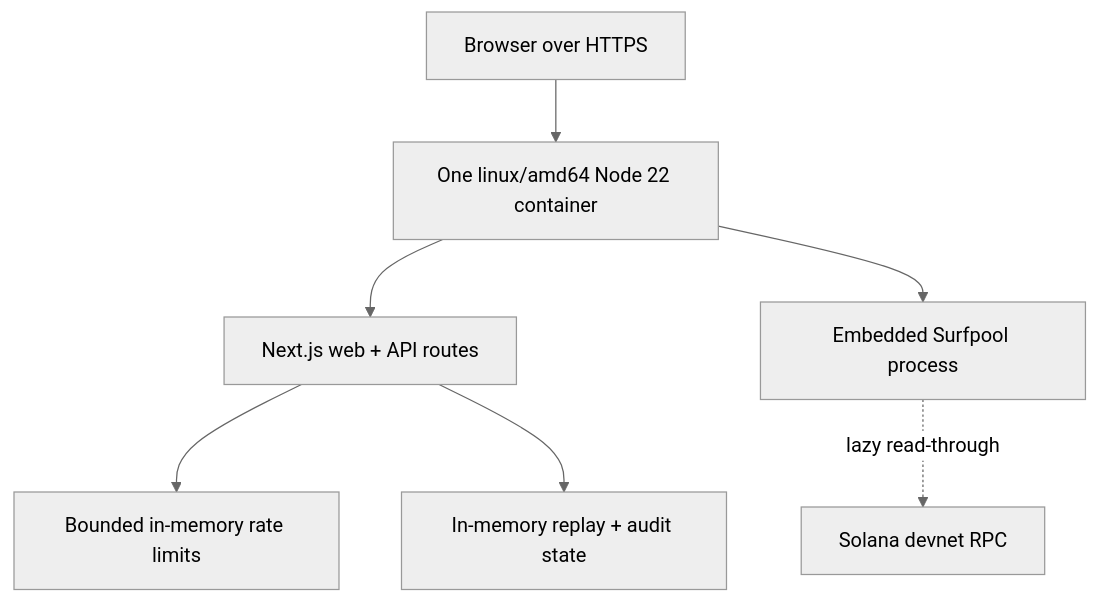
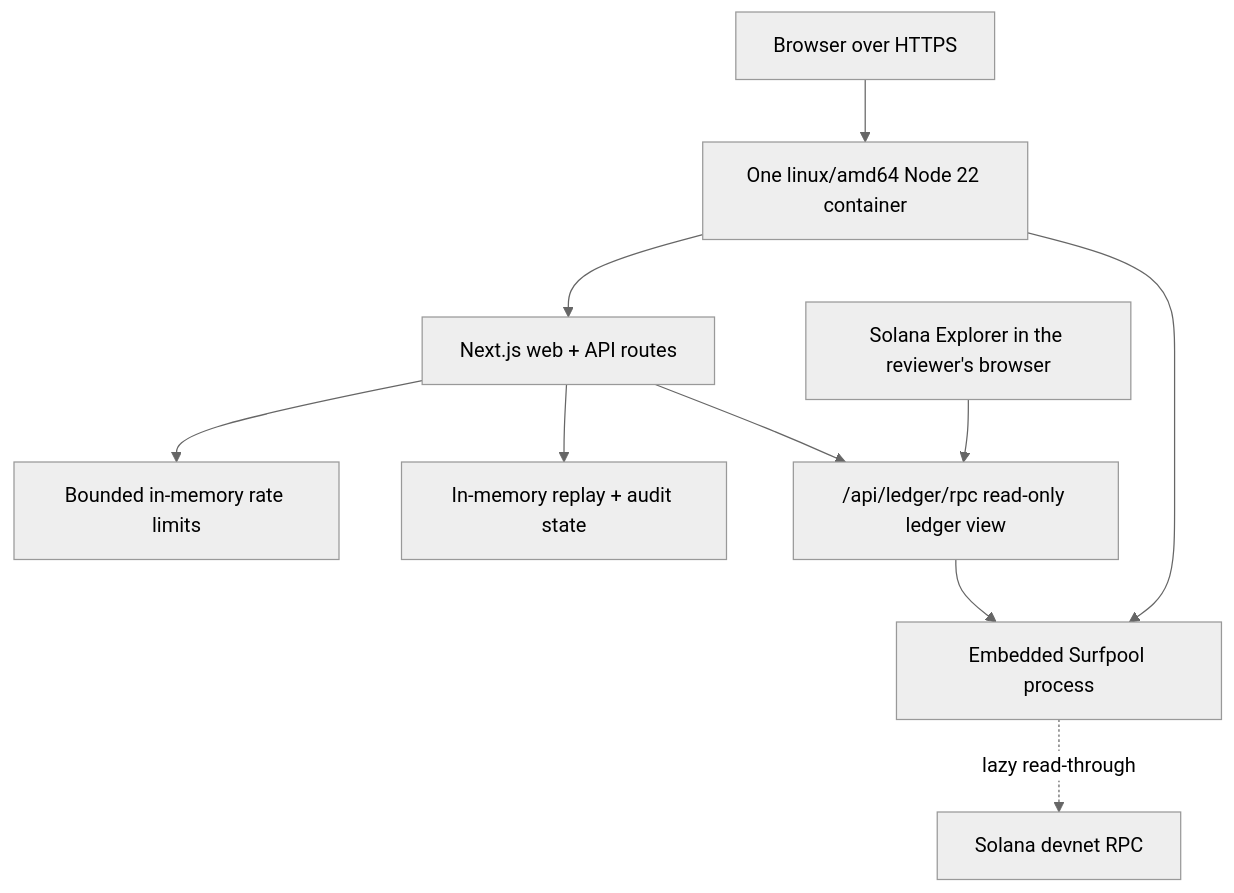
Before and after one commit to vignesh-chaturvedi/BudgetRail: the second of 2 diagrams in docs/ARCHITECTURE.md, drawn with Mermaid (neutral theme). The commit also changed other lines of this file and 16 other files, not shown here.

````diff
--- a/docs/ARCHITECTURE.md
+++ b/docs/ARCHITECTURE.md
@@ -33,9 +33,12 @@
 ```mermaid
 flowchart TB
   B["Browser over HTTPS"] --> C["One linux/amd64 Node 22 container"]
   C --> N["Next.js web + API routes"]
   C --> P["Embedded Surfpool process"]
   P -. "lazy read-through" .-> D["Solana devnet RPC"]
   N --> Q["Bounded in-memory rate limits"]
   N --> X["In-memory replay + audit state"]
+  N --> L["/api/ledger/rpc read-only ledger view"]
+  E["Solana Explorer in the reviewer's browser"] --> L
+  L --> P
 ```
````
